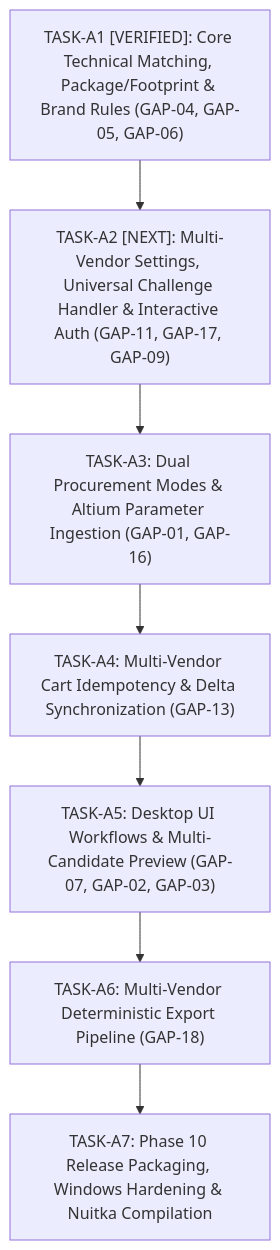
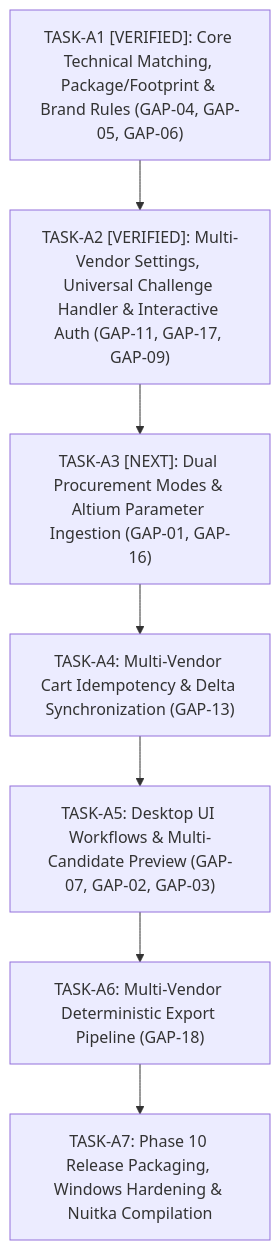
Before and after one commit to AminDenizer/Omnix: the diagram in docs/PRODUCT/CANONICAL_GAP_REGISTRY.md, drawn with Mermaid. The commit also changed other lines of this file and 1 other file, not shown here.

Commit message:
docs(plan): verify A2 gap status and update roadmap

````diff
--- a/docs/PRODUCT/CANONICAL_GAP_REGISTRY.md
+++ b/docs/PRODUCT/CANONICAL_GAP_REGISTRY.md
@@ -113,17 +111,17 @@
 ```mermaid
 flowchart TD
     A1["TASK-A1 [VERIFIED]: Core Technical Matching, Package/Footprint & Brand Rules (GAP-04, GAP-05, GAP-06)"]
-    A2["TASK-A2 [NEXT]: Multi-Vendor Settings, Universal Challenge Handler & Interactive Auth (GAP-11, GAP-17, GAP-09)"]
-    A3["TASK-A3: Dual Procurement Modes & Altium Parameter Ingestion (GAP-01, GAP-16)"]
+    A2["TASK-A2 [VERIFIED]: Multi-Vendor Settings, Universal Challenge Handler & Interactive Auth (GAP-11, GAP-17, GAP-09)"]
+    A3["TASK-A3 [NEXT]: Dual Procurement Modes & Altium Parameter Ingestion (GAP-01, GAP-16)"]
     A4["TASK-A4: Multi-Vendor Cart Idempotency & Delta Synchronization (GAP-13)"]
     A5["TASK-A5: Desktop UI Workflows & Multi-Candidate Preview (GAP-07, GAP-02, GAP-03)"]
     A6["TASK-A6: Multi-Vendor Deterministic Export Pipeline (GAP-18)"]
     A7["TASK-A7: Phase 10 Release Packaging, Windows Hardening & Nuitka Compilation"]
 
     A1 --> A2
     A2 --> A3
     A3 --> A4
     A4 --> A5
     A5 --> A6
     A6 --> A7
 ```
````
